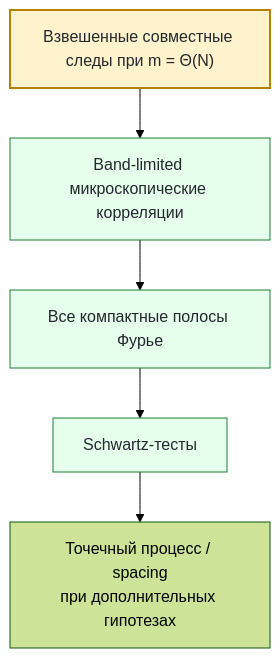
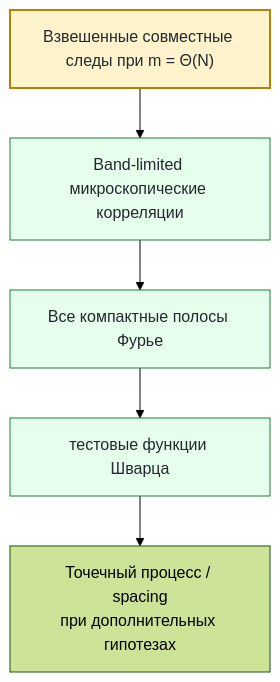
One commit to ChurilovMaksim/BGS changed the second of 2 diagrams in README.ru.md. Above: the diagram before and after it, drawn with Mermaid (forest theme). The commit also changed other lines of this file, not shown here.

````diff
--- a/README.ru.md
+++ b/README.ru.md
@@ -224,15 +224,15 @@
 ```mermaid
 flowchart TD
     A["Взвешенные совместные следы при m = Θ(N)"] --> B["Band-limited микроскопические корреляции"]
     B --> C["Все компактные полосы Фурье"]
-    C --> D["Schwartz-тесты"]
+    C --> D["тестовые функции Шварца"]
     D --> E["Точечный процесс / spacing<br/>при дополнительных гипотезах"]
 
     A:::open
     B:::done
     C:::done
     D:::done
 
     classDef open fill:#fff3cd,stroke:#b58105,color:#24292f,stroke-width:2px;
     classDef done fill:#e6ffec,stroke:#1a7f37,color:#24292f;
 ```
````
